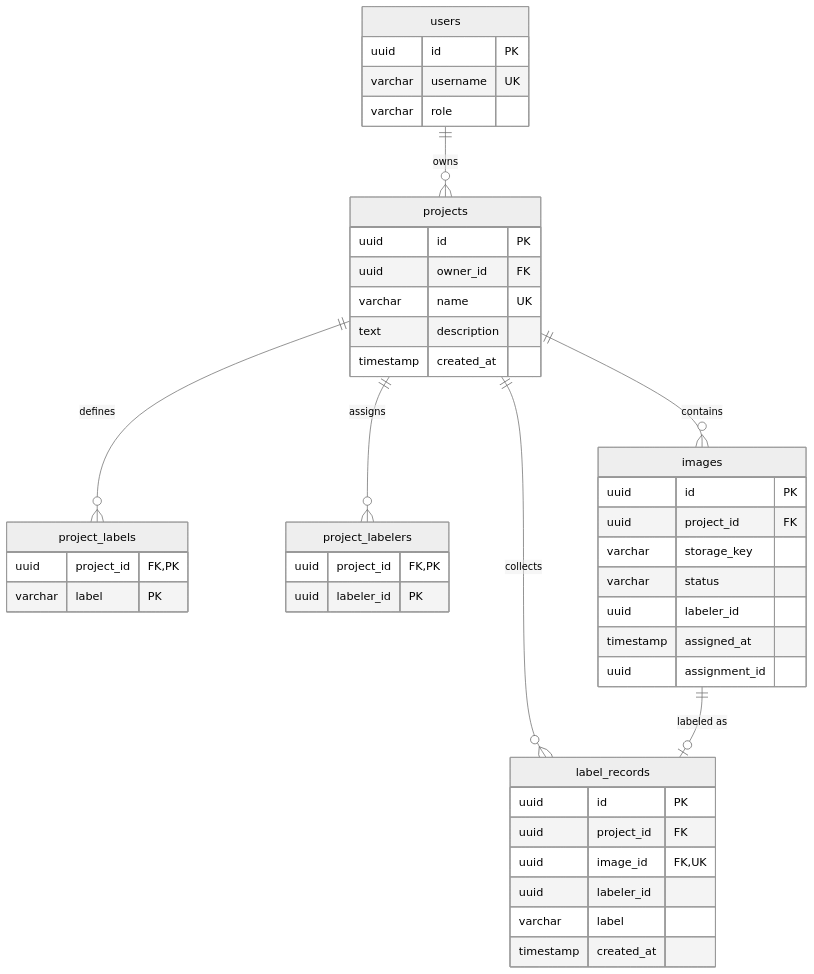
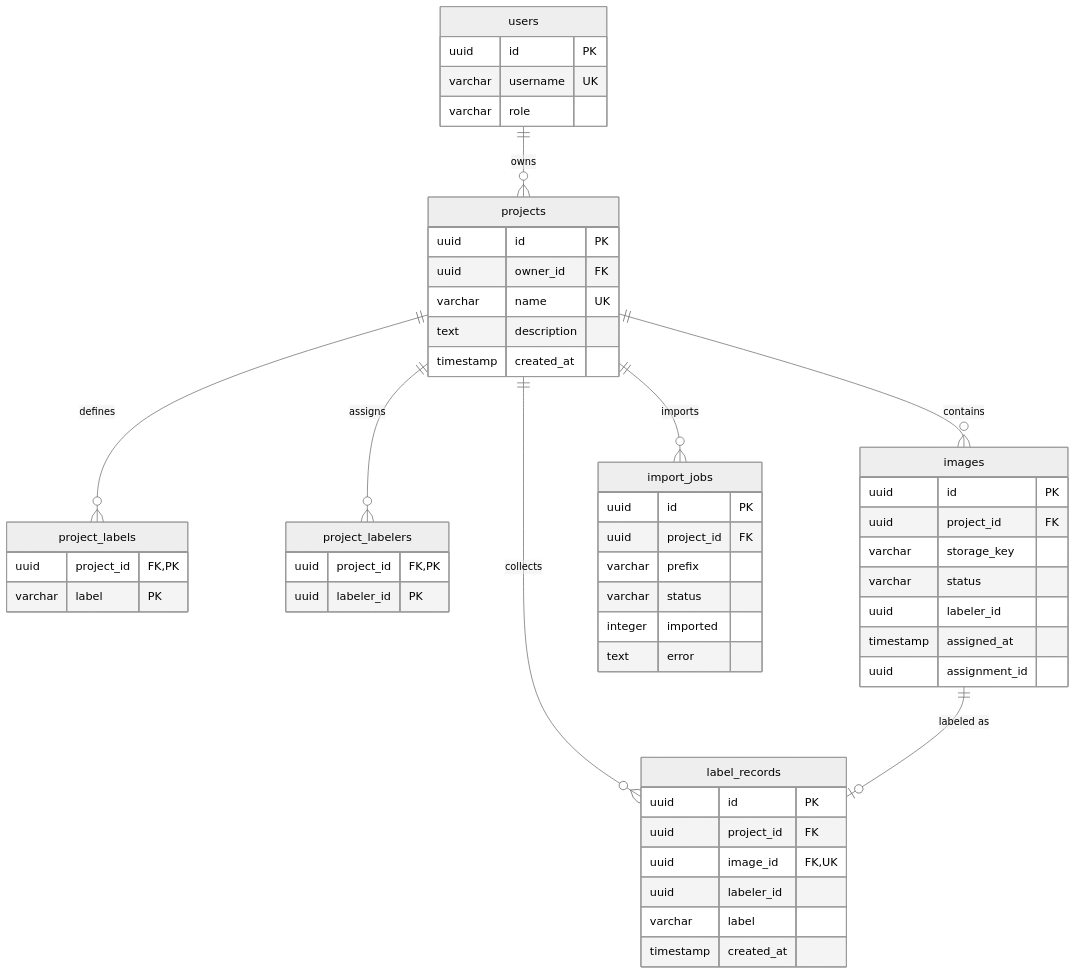
Before and after one commit to pablo-campillo/ulabel: the diagram in backend/docs/explanation/database.md, drawn with Mermaid (neutral theme). The commit also changed other lines of this file and 5 other files, not shown here.

````diff
--- a/backend/docs/explanation/database.md
+++ b/backend/docs/explanation/database.md
@@ -7,52 +7,63 @@
 ```mermaid
 erDiagram
     users {
         uuid id PK
         varchar username UK
         varchar role
     }
 
     projects {
         uuid id PK
         uuid owner_id FK
         varchar name UK
         text description
         timestamp created_at
     }
 
     project_labels {
         uuid project_id FK,PK
         varchar label PK
     }
 
     project_labelers {
         uuid project_id FK,PK
         uuid labeler_id PK
     }
 
     images {
         uuid id PK
         uuid project_id FK
         varchar storage_key
         varchar status
         uuid labeler_id
         timestamp assigned_at
         uuid assignment_id
     }
 
     label_records {
         uuid id PK
         uuid project_id FK
         uuid image_id FK,UK
         uuid labeler_id
         varchar label
         timestamp created_at
     }
 
     users ||--o{ projects : "owns"
     projects ||--o{ project_labels : "defines"
     projects ||--o{ project_labelers : "assigns"
     projects ||--o{ images : "contains"
     projects ||--o{ label_records : "collects"
     images ||--o| label_records : "labeled as"
+
+    import_jobs {
+        uuid id PK
+        uuid project_id FK
+        varchar prefix
+        varchar status
+        integer imported
+        text error
+    }
+
+    projects ||--o{ import_jobs : "imports"
 ```
````
